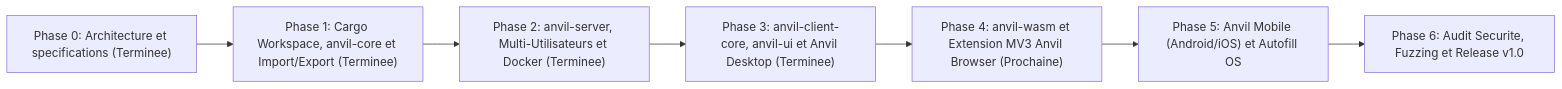
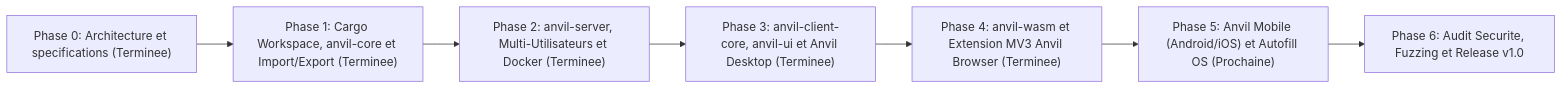
One commit to Viectra/anvil changed the diagram in docs/ROADMAP.md. Above: the diagram before and after it, drawn with Mermaid. The commit also changed other lines of this file and 20 other files, not shown here.

Commit message:
update: added mv3 browser extension, shadow dom autofill, and svelte popup #13

````diff
--- a/docs/ROADMAP.md
+++ b/docs/ROADMAP.md
@@ -31,12 +31,12 @@
 ```mermaid
 flowchart LR
     P0["Phase 0: Architecture et specifications (Terminee)"]
     P1["Phase 1: Cargo Workspace, anvil-core et Import/Export (Terminee)"]
     P2["Phase 2: anvil-server, Multi-Utilisateurs et Docker (Terminee)"]
     P3["Phase 3: anvil-client-core, anvil-ui et Anvil Desktop (Terminee)"]
-    P4["Phase 4: anvil-wasm et Extension MV3 Anvil Browser (Prochaine)"]
-    P5["Phase 5: Anvil Mobile (Android/iOS) et Autofill OS"]
+    P4["Phase 4: anvil-wasm et Extension MV3 Anvil Browser (Terminee)"]
+    P5["Phase 5: Anvil Mobile (Android/iOS) et Autofill OS (Prochaine)"]
     P6["Phase 6: Audit Securite, Fuzzing et Release v1.0"]
 
     P0 --> P1 --> P2 --> P3 --> P4 --> P5 --> P6
 ```
````
